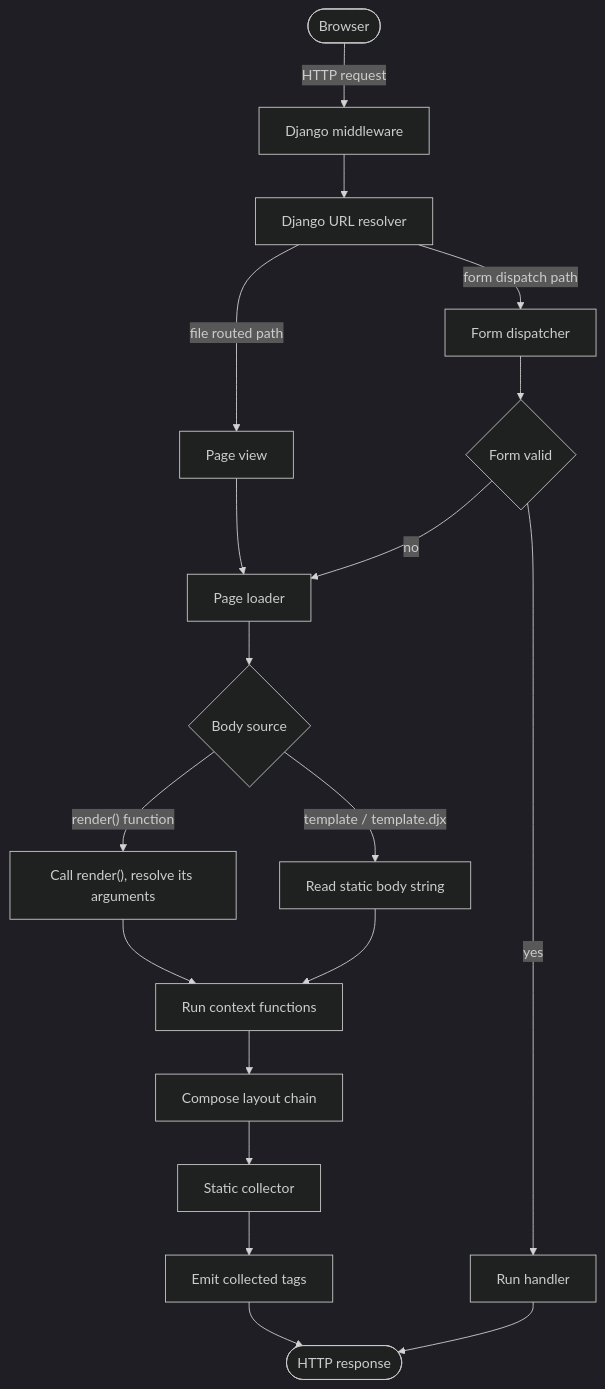
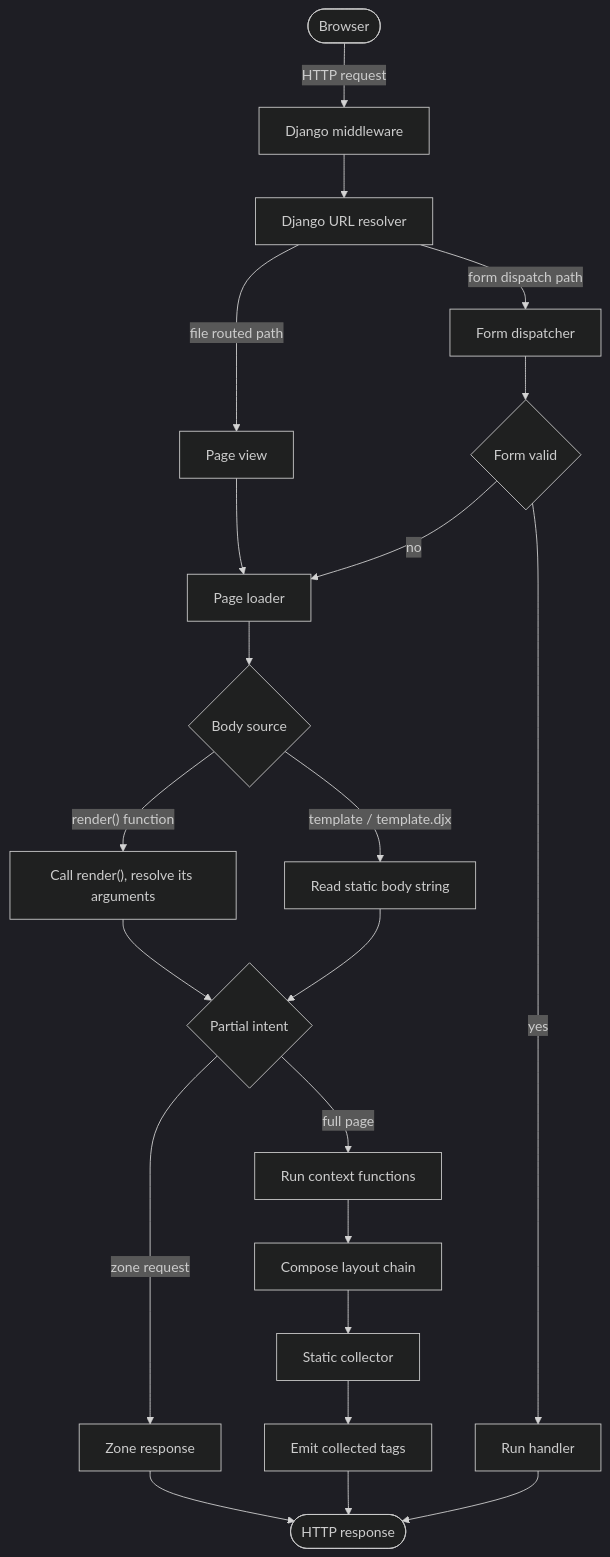
One commit to next-dj/next-dj changed the diagram in docs/content/internals/request-lifecycle.rst. Above: the diagram before and after it, drawn with Mermaid (dark theme). The commit also changed other lines of this file and 117 other files, not shown here.

```diff
--- a/docs/content/internals/request-lifecycle.rst
+++ b/docs/content/internals/request-lifecycle.rst
@@ -22,21 +22,24 @@
 .. mermaid::
 
    flowchart TB
        Browser(["Browser"]) -- HTTP request --> Django["Django middleware"]
        Django --> Resolver["Django URL resolver"]
        Resolver -- form dispatch path --> FormDispatch["Form dispatcher"]
        Resolver -- file routed path --> PageView["Page view"]
        PageView --> Loader["Page loader"]
        Loader --> BodySource{"Body source"}
        BodySource -- "render() function" --> RenderFn["Call render(), resolve its arguments"]
        BodySource -- "template / template.djx" --> StaticBody["Read static body string"]
-       RenderFn --> ContextCtx["Run context functions"]
-       StaticBody --> ContextCtx
+       RenderFn --> ZoneIntent{"Partial intent"}
+       StaticBody --> ZoneIntent
+       ZoneIntent -- "zone request" --> ZoneResp["Zone response"]
+       ZoneResp --> Response
+       ZoneIntent -- "full page" --> ContextCtx["Run context functions"]
        ContextCtx --> LayoutChain["Compose layout chain"]
        LayoutChain --> CollectAssets["Static collector"]
        CollectAssets --> InjectTags["Emit collected tags"]
        InjectTags --> Response(["HTTP response"])
        FormDispatch --> Validation{"Form valid"}
        Validation -- yes --> Handler["Run handler"]
        Handler --> Response
        Validation -- no --> Loader
```
